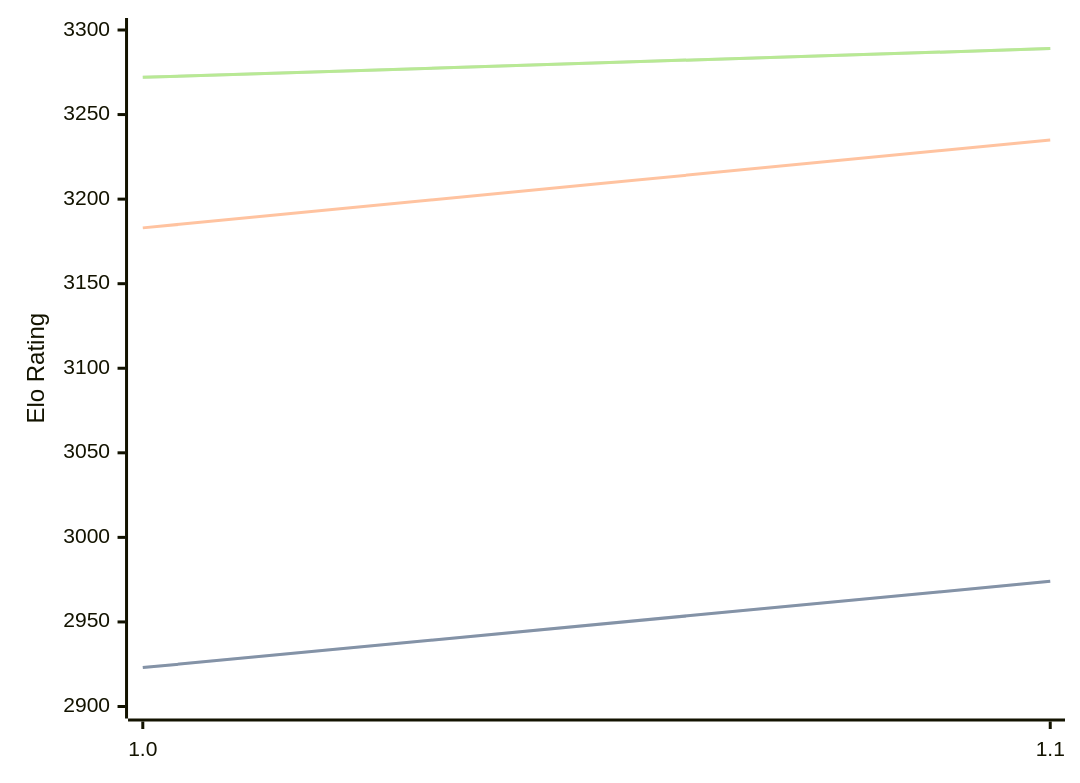
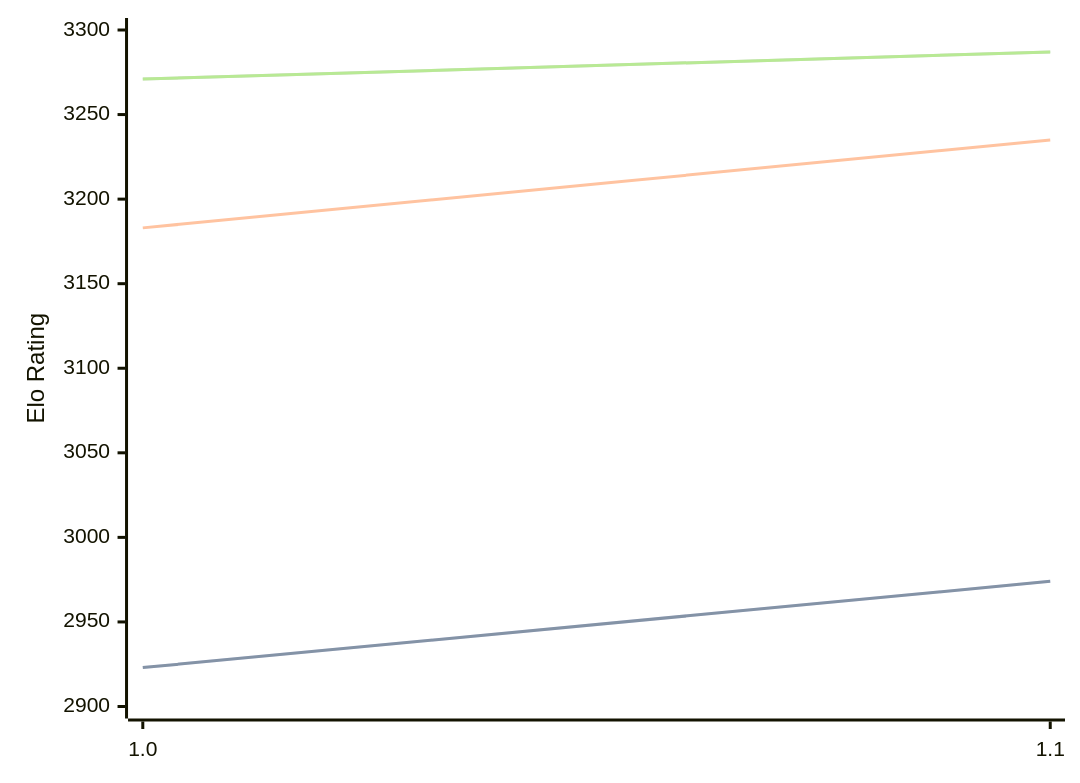
Before and after one commit to computer-chess-index/cci: the diagram in engines/RodentV.md, drawn with Mermaid. The commit also changed other lines of this file, not shown here.

Commit message:
Update CCI Ratings (ELO VLTC) - 2026-08-16

````diff
--- a/engines/RodentV.md
+++ b/engines/RodentV.md
@@ -32,11 +32,11 @@
 ```mermaid
 %%{init: {"theme":"base","themeVariables":{"seriesColors:['#a3a3a3','#222221','#faa371']}}}%%
 xychart-beta
   x-axis ["1.0", "1.1"]
   y-axis "Elo Rating" 2900 --> 3300
   line "STC (8.0+0.08s)" [2923, 2974]
   line "STC (8.0+0.08s)" [2923, 2974]
   line "LTC (60.0+0.60s)" [3183, 3235]
-  line "VLTC (2m24s+1.12s)" [3272, 3289]
-  line "VLTC (2m24s+1.12s)" [3272, 3289]
+  line "VLTC (2m24s+1.12s)" [3271, 3287]
+  line "VLTC (2m24s+1.12s)" [3271, 3287]
 ```
````
